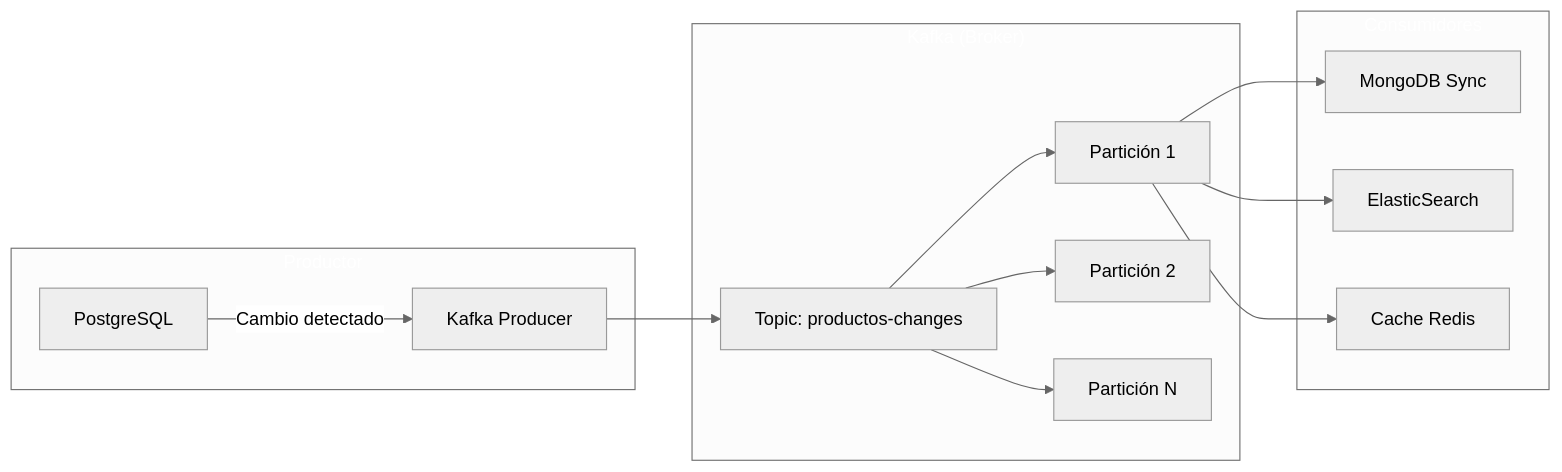
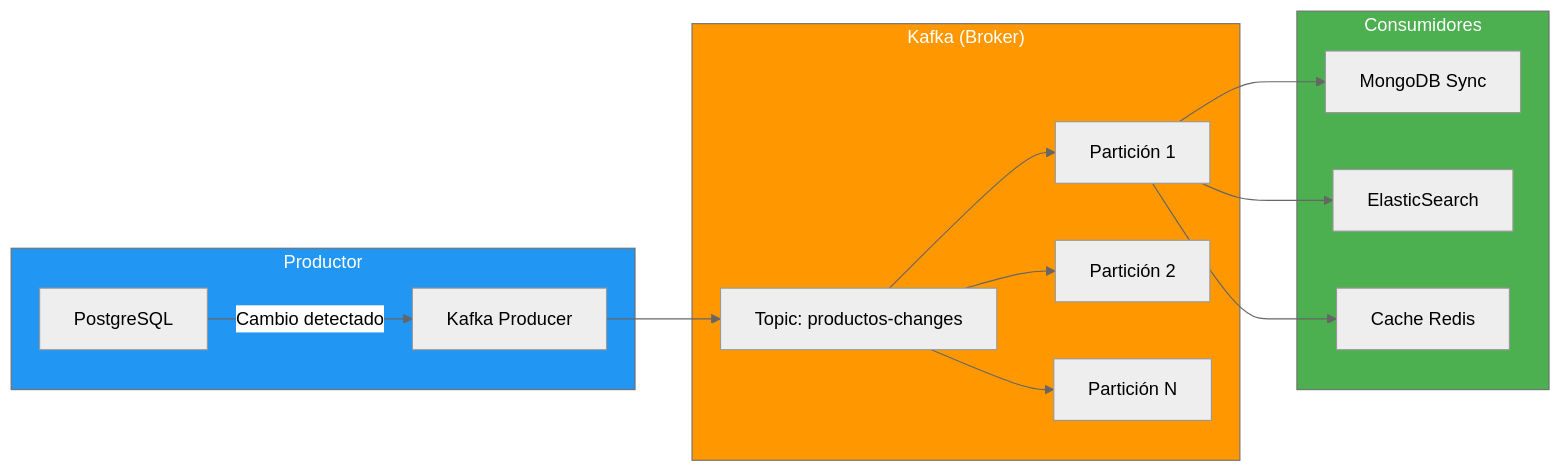
Diagram 19 of 24 in 30-cqrs-mediator.md (joseluisgs/DesarrolloWebEntornosServidor-02-2026-2027), drawn with Mermaid (neutral theme) before and after one commit. The commit also changed other lines of this file and 29 other files, not shown here.

Commit message:
docs: corregir estilos Mermaid y estilo, quitar referencias a la Tienda y reestructurar los retos 13 y 15

````diff
--- a/30-cqrs-mediator.md
+++ b/30-cqrs-mediator.md
@@ -1131,23 +1131,23 @@
 ```mermaid
 flowchart LR
     subgraph PRODUCIDOR["Productor"]
         A[PostgreSQL] -->|"Cambio detectado"| B[Kafka Producer]
     end
 
     subgraph KAFKA["Kafka (Broker)"]
         B --> C[Topic: productos-changes]
         C --> D[Partición 1]
         C --> E[Partición 2]
         C --> F[Partición N]
     end
 
     subgraph CONSUMIDORES["Consumidores"]
         D --> G[MongoDB Sync]
         D --> H[ElasticSearch]
         D --> I[Cache Redis]
     end
 
-    style PRODUCIDOR fill:#2196F,color:#fff3,color:#fff
-    style KAFKA fill:#FF980,color:#fff0,color:#fff
-    style CONSUMIDORES fill:#4CAF5,color:#fff0,color:#fff
+    style PRODUCIDOR fill:#2196F3,color:#fff
+    style KAFKA fill:#FF9800,color:#fff
+    style CONSUMIDORES fill:#4CAF50,color:#fff
 ```
````
